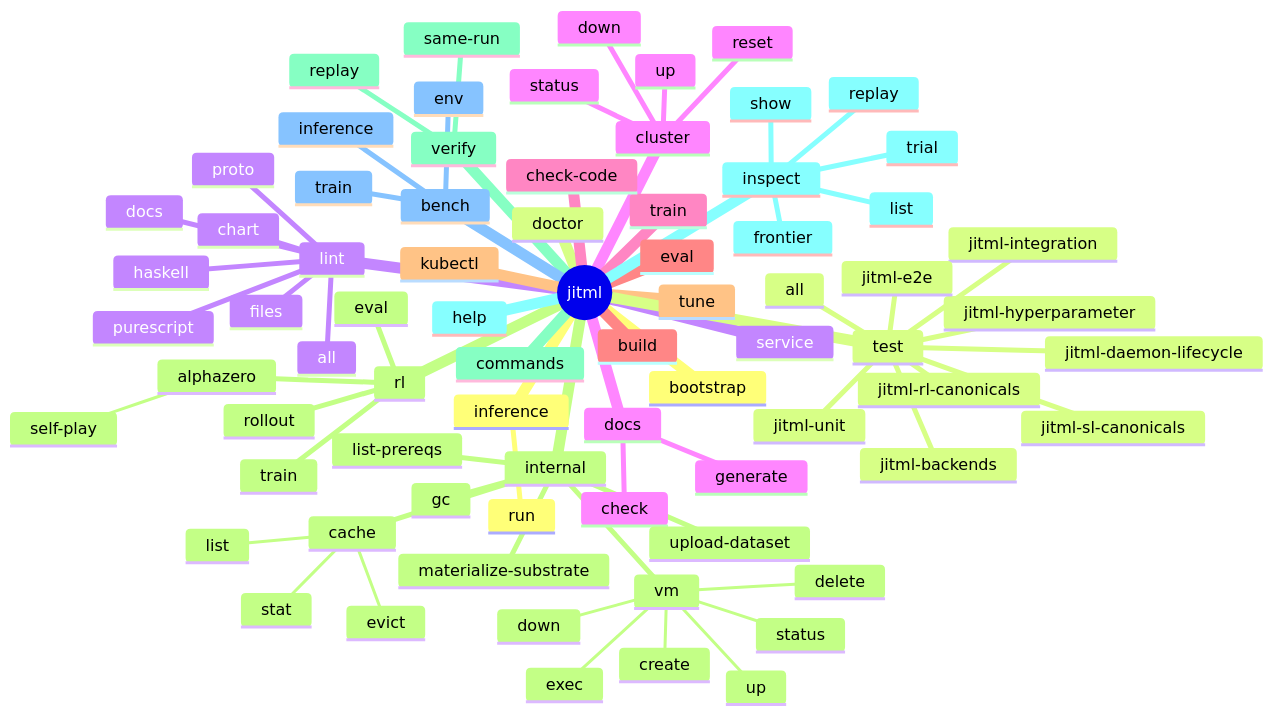
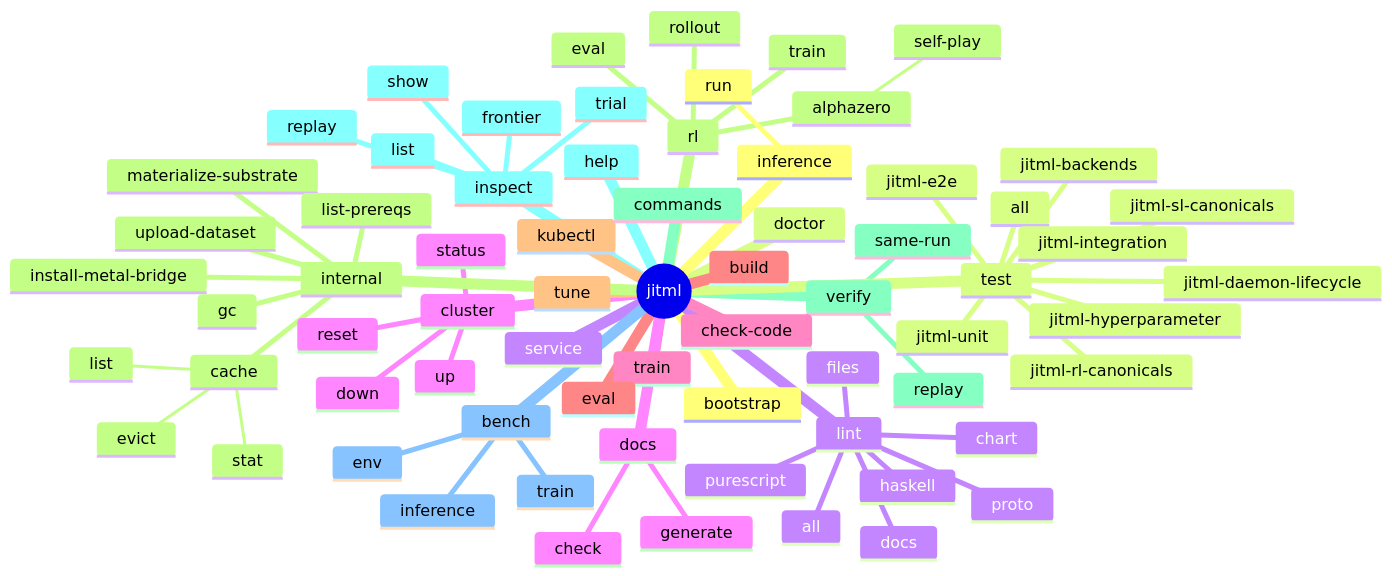
The first of 4 diagrams in README.md (Tuee22/jitML), drawn with Mermaid before and after one commit. The commit also changed other lines of this file and 60 other files, not shown here.

````diff
--- a/README.md
+++ b/README.md
@@ -685,78 +735,72 @@
 ```mermaid
 mindmap
   root((jitml))
     bootstrap
     doctor
     service
     cluster
       up
       down
       status
       reset
     train
     eval
     tune
     rl
       train
       eval
       rollout
       alphazero
         self-play
     verify
       same-run
       replay
     inspect
       list
       show
       replay
       trial
       frontier
     bench
       train
       inference
       env
     inference
       run
     test
       all
       jitml-unit
       jitml-integration
       jitml-sl-canonicals
       jitml-rl-canonicals
       jitml-hyperparameter
       jitml-backends
       jitml-daemon-lifecycle
       jitml-e2e
     lint
       files
       docs
       proto
       chart
       haskell
       purescript
       all
     docs
       check
       generate
     check-code
     build
     kubectl
     internal
       materialize-substrate
       list-prereqs
+      install-metal-bridge
       upload-dataset
       gc
-      vm
-        create
-        up
-        down
-        status
-        delete
-        exec
       cache
         stat
         list
         evict
     commands
     help
 ```
````
